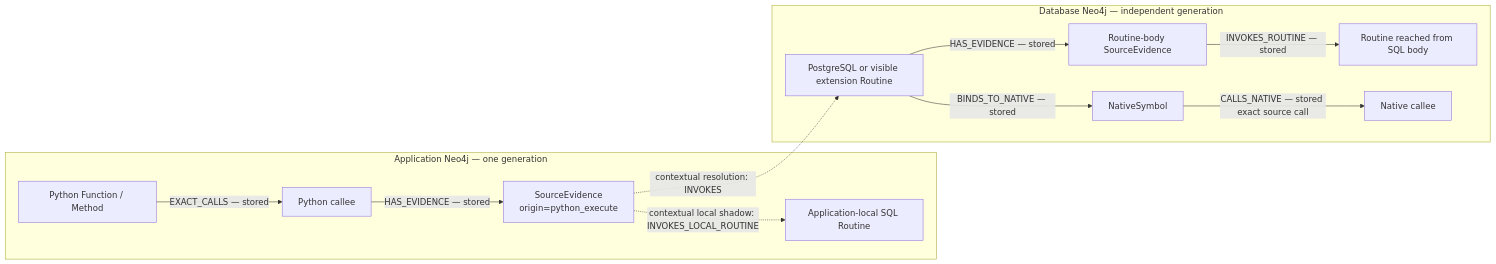
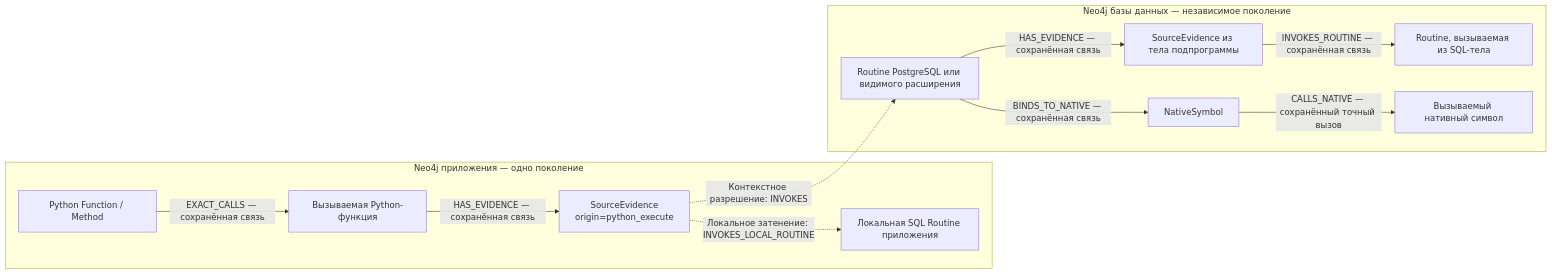
One commit to standby7878/my-kg-codebase changed the diagram in docs/kg-model-overview.md. Above: the diagram before and after it, drawn with Mermaid. The commit also changed other lines of this file and 1 other file, not shown here.

````diff
--- a/docs/kg-model-overview.md
+++ b/docs/kg-model-overview.md
@@ -25,22 +25,22 @@
 ```mermaid
 flowchart LR
-  subgraph A[Application Neo4j — one generation]
+  subgraph A[Neo4j приложения — одно поколение]
     P[Python Function / Method]
     E["SourceEvidence<br/>origin=python_execute"]
-    LR[Application-local SQL Routine]
-    P -->|EXACT_CALLS — stored| P2[Python callee]
-    P2 -->|HAS_EVIDENCE — stored| E
+    LR[Локальная SQL Routine приложения]
+    P -->|EXACT_CALLS — сохранённая связь| P2[Вызываемая Python-функция]
+    P2 -->|HAS_EVIDENCE — сохранённая связь| E
   end
-  subgraph D[Database Neo4j — independent generation]
-    R[PostgreSQL or visible extension Routine]
-    BE[Routine-body SourceEvidence]
-    R2[Routine reached from SQL body]
+  subgraph D[Neo4j базы данных — независимое поколение]
+    R[Routine PostgreSQL или видимого расширения]
+    BE[SourceEvidence из тела подпрограммы]
+    R2[Routine, вызываемая из SQL-тела]
     C[NativeSymbol]
-    R -->|HAS_EVIDENCE — stored| BE
-    BE -->|INVOKES_ROUTINE — stored| R2
-    R -->|BINDS_TO_NATIVE — stored| C
-    C -->|CALLS_NATIVE — stored exact source call| C2[Native callee]
+    R -->|HAS_EVIDENCE — сохранённая связь| BE
+    BE -->|INVOKES_ROUTINE — сохранённая связь| R2
+    R -->|BINDS_TO_NATIVE — сохранённая связь| C
+    C -->|CALLS_NATIVE — сохранённый точный вызов| C2[Вызываемый нативный символ]
   end
-  E -.->|contextual resolution: INVOKES| R
-  E -.->|contextual local shadow: INVOKES_LOCAL_ROUTINE| LR
+  E -.->|Контекстное разрешение: INVOKES| R
+  E -.->|Локальное затенение: INVOKES_LOCAL_ROUTINE| LR
 ```
````
